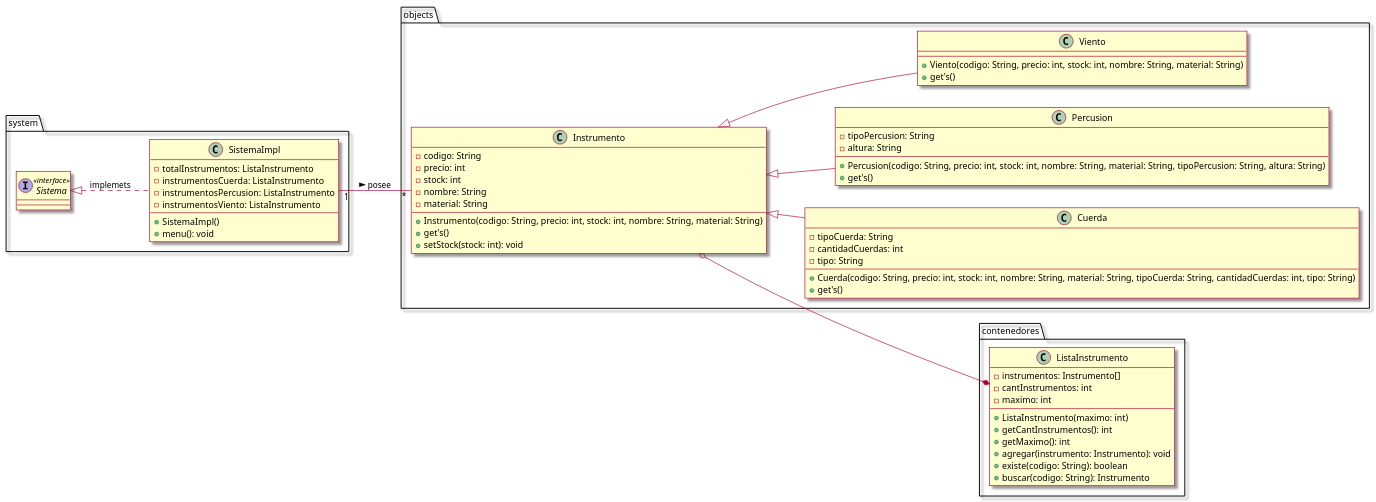
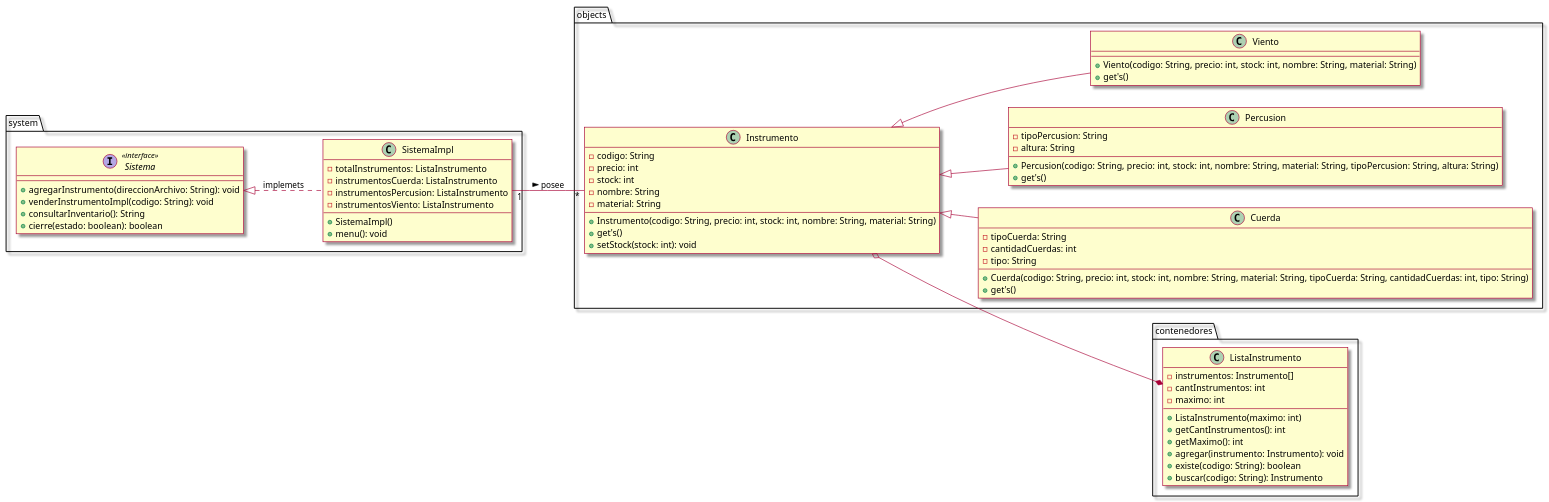
Before and after one commit to ProMDFK123/Taller3: the diagram in src/clase.puml, drawn with PlantUML. The commit also changed 5 other files, not shown here.

```diff
--- a/src/clase.puml
+++ b/src/clase.puml
@@ -1,79 +1,84 @@
 @startuml
 left to right direction
 skin rose
 
 package objects{
     Class Instrumento{
         -codigo: String
         -precio: int
         -stock: int
         -nombre: String
         -material: String
 
         +Instrumento(codigo: String, precio: int, stock: int, nombre: String, material: String)
         +get's()
         +setStock(stock: int): void
     }
 
     Class Cuerda{
         -tipoCuerda: String
         -cantidadCuerdas: int
         -tipo: String
 
         +Cuerda(codigo: String, precio: int, stock: int, nombre: String, material: String, tipoCuerda: String, cantidadCuerdas: int, tipo: String)
         +get's()
     }
 
     Class Percusion{
         -tipoPercusion: String
         -altura: String
 
         +Percusion(codigo: String, precio: int, stock: int, nombre: String, material: String, tipoPercusion: String, altura: String)
         +get's()
 
     }
 
     Class Viento{
         +Viento(codigo: String, precio: int, stock: int, nombre: String, material: String)
         +get's()
     }
 }
 
 Instrumento^--Cuerda
 Instrumento^--Percusion
 Instrumento^--Viento
 
 package contenedores{
     Class ListaInstrumento{
         -instrumentos: Instrumento[]
         -cantInstrumentos: int
         -maximo: int
 
         +ListaInstrumento(maximo: int)
         +getCantInstrumentos(): int
         +getMaximo(): int
         +agregar(instrumento: Instrumento): void
         +existe(codigo: String): boolean
         +buscar(codigo: String): Instrumento
     }
 }
 
 Instrumento o--* ListaInstrumento
 
 package system{
-    interface Sistema <<interface>>{}
+    interface Sistema <<interface>>{
+        +agregarInstrumento(direccionArchivo: String): void
+        +venderInstrumentoImpl(codigo: String): void
+        +consultarInventario(): String
+        +cierre(estado: boolean): boolean
+    }
 
     Class SistemaImpl{
         -totalInstrumentos: ListaInstrumento
         -instrumentosCuerda: ListaInstrumento
         -instrumentosPercusion: ListaInstrumento
         -instrumentosViento: ListaInstrumento
 
         +SistemaImpl()
         +menu(): void
     }
 }
 
 Sistema^..SistemaImpl: implemets
 SistemaImpl"1"--"*"Instrumento:  posee >
 @enduml
```
